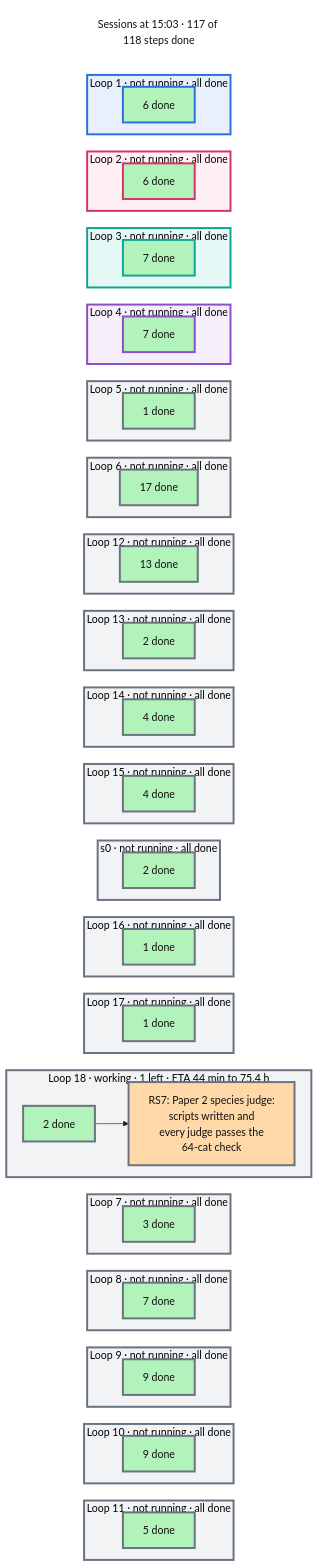
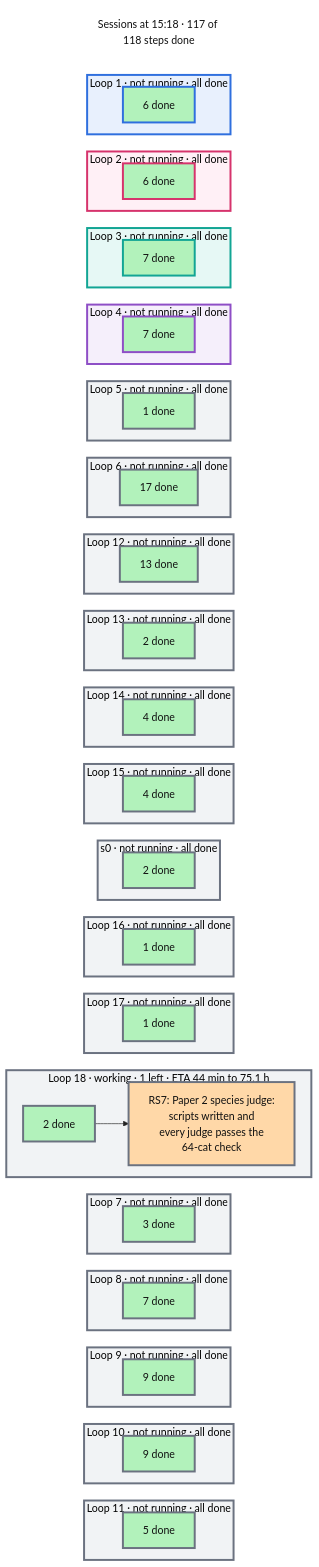
One commit to mo-rsa24/concept-composition changed the diagram in artifacts/notes/progress/sessions.mmd. Above: the diagram before and after it, drawn with Mermaid. The commit also changed 8 other files, not shown here.

```diff
--- a/artifacts/notes/progress/sessions.mmd
+++ b/artifacts/notes/progress/sessions.mmd
@@ -1,124 +1,124 @@
 %%{init: {'theme': 'base', 'themeVariables': {'fontFamily': 'monospace', 'primaryColor': '#ffffff', 'primaryBorderColor': '#222222', 'primaryTextColor': '#111111', 'lineColor': '#222222'}, 'flowchart': {'nodeSpacing': 16, 'rankSpacing': 26}}}%%
 flowchart TB
   classDef done fill:#b2f2bb,color:#111111
   classDef doing fill:#ffd8a8,color:#111111
   classDef todo fill:#e9ecef,color:#111111
   classDef note fill:#ffffff,stroke:#c92a2a,stroke-dasharray:5 5,color:#c92a2a
-  now["Sessions at 15:03 · 117 of 118 steps done"]
+  now["Sessions at 15:18 · 117 of 118 steps done"]
   style now fill:#ffffff,stroke:#ffffff,color:#111111
   subgraph L0["Loop 1 · not running · all done"]
     direction LR
     d0["6 done"]:::done
   end
   subgraph L1["Loop 2 · not running · all done"]
     direction LR
     d1["6 done"]:::done
   end
   subgraph L2["Loop 3 · not running · all done"]
     direction LR
     d2["7 done"]:::done
   end
   subgraph L3["Loop 4 · not running · all done"]
     direction LR
     d3["7 done"]:::done
   end
   subgraph L4["Loop 5 · not running · all done"]
     direction LR
     d4["1 done"]:::done
   end
   subgraph L5["Loop 6 · not running · all done"]
     direction LR
     d5["17 done"]:::done
   end
   subgraph L6["Loop 12 · not running · all done"]
     direction LR
     d6["13 done"]:::done
   end
   subgraph L7["Loop 13 · not running · all done"]
     direction LR
     d7["2 done"]:::done
   end
   subgraph L8["Loop 14 · not running · all done"]
     direction LR
     d8["4 done"]:::done
   end
   subgraph L9["Loop 15 · not running · all done"]
     direction LR
     d9["4 done"]:::done
   end
   subgraph L10["s0 · not running · all done"]
     direction LR
     d10["2 done"]:::done
   end
   subgraph L11["Loop 16 · not running · all done"]
     direction LR
     d11["1 done"]:::done
   end
   subgraph L12["Loop 17 · not running · all done"]
     direction LR
     d12["1 done"]:::done
   end
-  subgraph L13["Loop 18 · working · 1 left · ETA 44 min to 75.4 h"]
+  subgraph L13["Loop 18 · working · 1 left · ETA 44 min to 75.1 h"]
     direction LR
     d13["2 done"]:::done --> n_RS7["RS7: Paper 2 species judge:<br/>scripts written and<br/>every judge passes the<br/>64-cat check"]:::doing
   end
   subgraph L14["Loop 7 · not running · all done"]
     direction LR
     d14["3 done"]:::done
   end
   subgraph L15["Loop 8 · not running · all done"]
     direction LR
     d15["7 done"]:::done
   end
   subgraph L16["Loop 9 · not running · all done"]
     direction LR
     d16["9 done"]:::done
   end
   subgraph L17["Loop 10 · not running · all done"]
     direction LR
     d17["9 done"]:::done
   end
   subgraph L18["Loop 11 · not running · all done"]
     direction LR
     d18["5 done"]:::done
   end
   now ~~~ L0 ~~~ L1 ~~~ L2 ~~~ L3 ~~~ L4 ~~~ L5 ~~~ L6 ~~~ L7 ~~~ L8 ~~~ L9 ~~~ L10 ~~~ L11 ~~~ L12 ~~~ L13 ~~~ L14 ~~~ L15 ~~~ L16 ~~~ L17 ~~~ L18
   style L0 fill:#e8f0fd,stroke:#2f6fde,stroke-width:3px
   style d0 stroke:#2f6fde,stroke-width:3px
   style L1 fill:#fff0f6,stroke:#d6336c,stroke-width:3px
   style d1 stroke:#d6336c,stroke-width:3px
   style L2 fill:#e6f8f5,stroke:#12a594,stroke-width:3px
   style d2 stroke:#12a594,stroke-width:3px
   style L3 fill:#f5effb,stroke:#8e4ec6,stroke-width:3px
   style d3 stroke:#8e4ec6,stroke-width:3px
   style L4 fill:#f1f3f5,stroke:#6b7280,stroke-width:3px
   style d4 stroke:#6b7280,stroke-width:3px
   style L5 fill:#f1f3f5,stroke:#6b7280,stroke-width:3px
   style d5 stroke:#6b7280,stroke-width:3px
   style L6 fill:#f1f3f5,stroke:#6b7280,stroke-width:3px
   style d6 stroke:#6b7280,stroke-width:3px
   style L7 fill:#f1f3f5,stroke:#6b7280,stroke-width:3px
   style d7 stroke:#6b7280,stroke-width:3px
   style L8 fill:#f1f3f5,stroke:#6b7280,stroke-width:3px
   style d8 stroke:#6b7280,stroke-width:3px
   style L9 fill:#f1f3f5,stroke:#6b7280,stroke-width:3px
   style d9 stroke:#6b7280,stroke-width:3px
   style L10 fill:#f1f3f5,stroke:#6b7280,stroke-width:3px
   style d10 stroke:#6b7280,stroke-width:3px
   style L11 fill:#f1f3f5,stroke:#6b7280,stroke-width:3px
   style d11 stroke:#6b7280,stroke-width:3px
   style L12 fill:#f1f3f5,stroke:#6b7280,stroke-width:3px
   style d12 stroke:#6b7280,stroke-width:3px
   style L13 fill:#f1f3f5,stroke:#6b7280,stroke-width:3px
   style d13 stroke:#6b7280,stroke-width:3px
   style n_RS7 stroke:#6b7280,stroke-width:3px
   style L14 fill:#f1f3f5,stroke:#6b7280,stroke-width:3px
   style d14 stroke:#6b7280,stroke-width:3px
   style L15 fill:#f1f3f5,stroke:#6b7280,stroke-width:3px
   style d15 stroke:#6b7280,stroke-width:3px
   style L16 fill:#f1f3f5,stroke:#6b7280,stroke-width:3px
   style d16 stroke:#6b7280,stroke-width:3px
   style L17 fill:#f1f3f5,stroke:#6b7280,stroke-width:3px
   style d17 stroke:#6b7280,stroke-width:3px
   style L18 fill:#f1f3f5,stroke:#6b7280,stroke-width:3px
   style d18 stroke:#6b7280,stroke-width:3px
```
